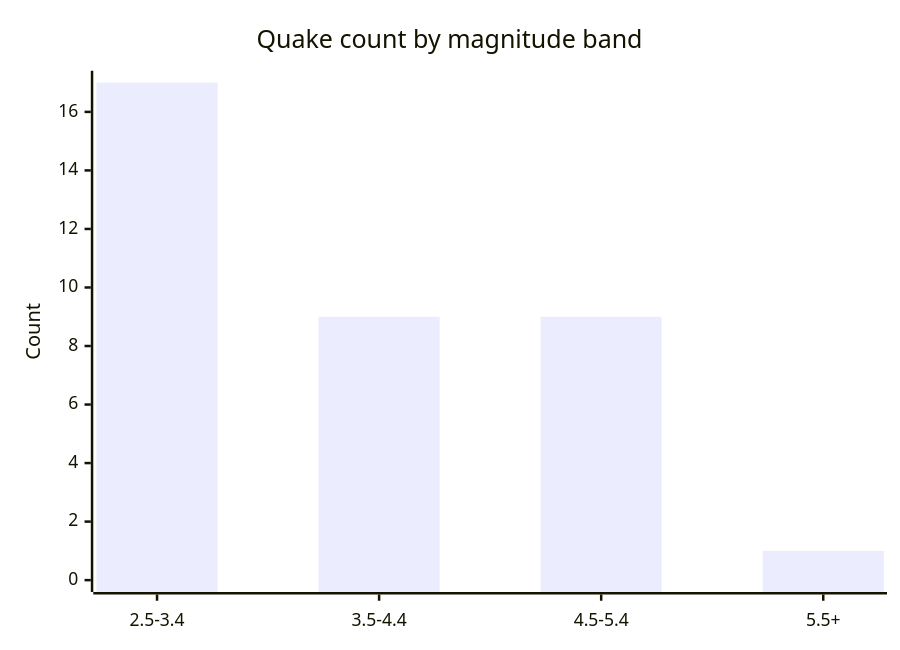
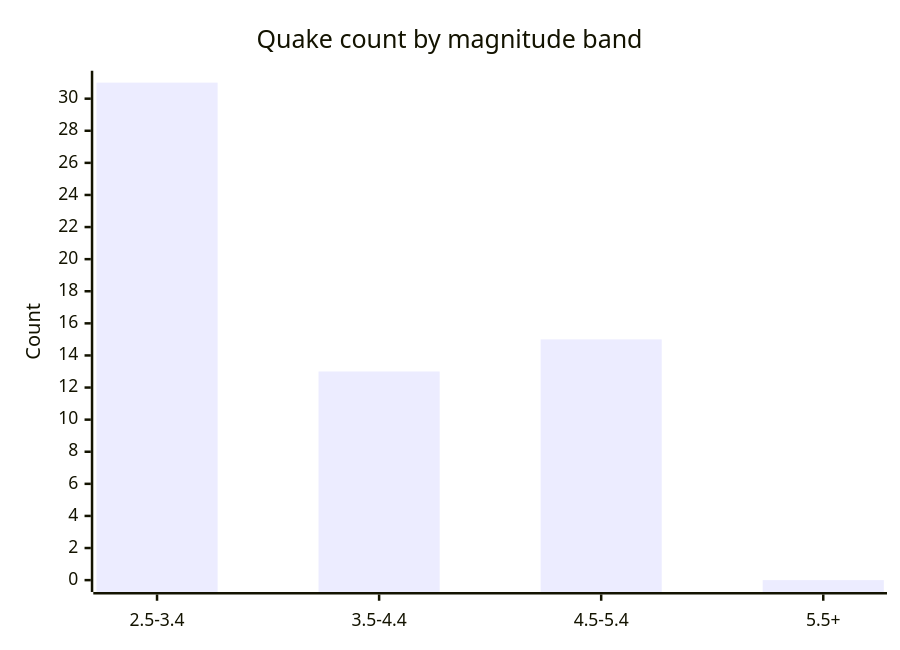
Before and after one commit to Midwest-Stratospheric/aerostratospheric-defense-gir: the fifth of 6 diagrams in docs/GRAPHS.md, drawn with Mermaid. The commit also changed other lines of this file and 24 other files, not shown here.

````diff
--- a/docs/GRAPHS.md
+++ b/docs/GRAPHS.md
@@ -82,7 +82,7 @@
 ```mermaid
 xychart-beta
   title "Quake count by magnitude band"
   x-axis ["2.5-3.4", "3.5-4.4", "4.5-5.4", "5.5+"]
-  y-axis "Count" 0 --> 17
-  bar [17, 9, 9, 1]
+  y-axis "Count" 0 --> 31
+  bar [31, 13, 15, 0]
 ```
````
